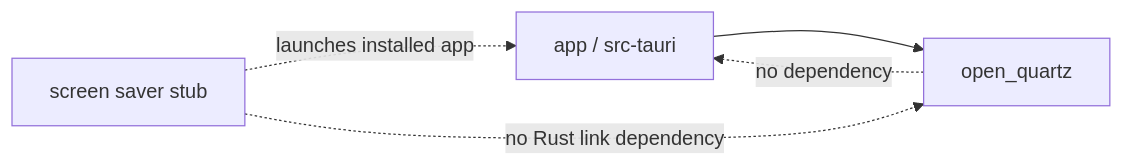
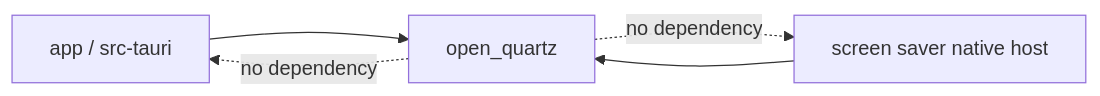
One commit to sanitor/open_quartz changed the tenth of 12 diagrams in docs/DESIGN.md. Above: the diagram before and after it, drawn with Mermaid. The commit also changed other lines of this file and 36 other files, not shown here.

````diff
--- a/docs/DESIGN.md
+++ b/docs/DESIGN.md
@@ -782,7 +782,7 @@
 ```mermaid
 flowchart LR
     App[app / src-tauri] --> SDK[open_quartz]
-    Stub[screen saver stub] -. launches installed app .-> App
+    Stub[screen saver native host] --> SDK
     SDK -. no dependency .-> App
-    Stub -. no Rust link dependency .-> SDK
+    SDK -. no dependency .-> Stub
 ```
````
